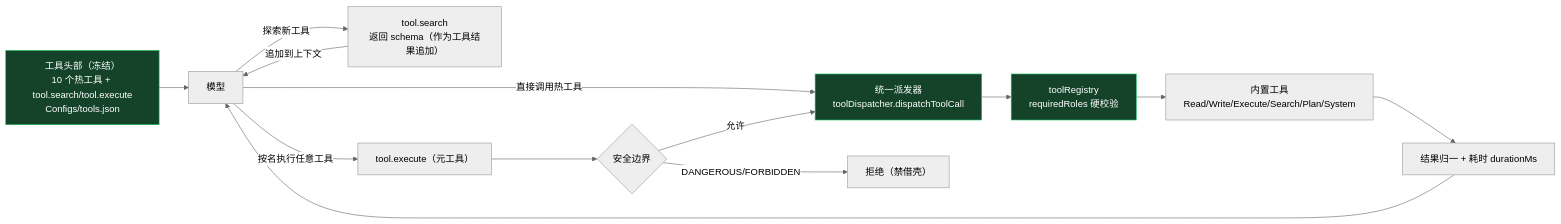
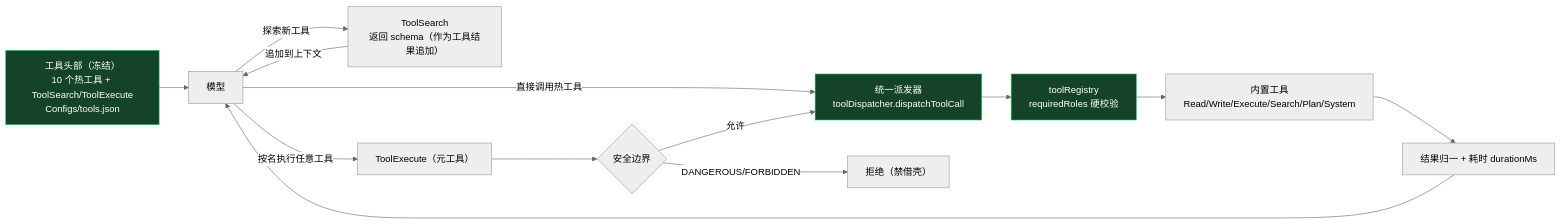
The third of 12 diagrams in Docs/Dev/项目模块工作流图.md (linmowudie/CivitasAI), drawn with Mermaid (neutral theme) before and after one commit. The commit also changed other lines of this file and 305 other files, not shown here.

````diff
--- a/Docs/Dev/项目模块工作流图.md
+++ b/Docs/Dev/项目模块工作流图.md
@@ -137,17 +137,17 @@
 ```mermaid
 flowchart LR
-  Header["工具头部（冻结）<br/>10 个热工具 + tool.search/tool.execute<br/>Configs/tools.json"] --> Model["模型"]
+  Header["工具头部（冻结）<br/>10 个热工具 + ToolSearch/ToolExecute<br/>Configs/tools.json"] --> Model["模型"]
   Model -->|"直接调用热工具"| Disp
-  Model -->|"探索新工具"| Search["tool.search<br/>返回 schema（作为工具结果追加）"]
+  Model -->|"探索新工具"| Search["ToolSearch<br/>返回 schema（作为工具结果追加）"]
   Search -->|"追加到上下文"| Model
-  Model -->|"按名执行任意工具"| ExecTool["tool.execute（元工具）"]
+  Model -->|"按名执行任意工具"| ExecTool["ToolExecute（元工具）"]
   ExecTool --> Guard{"安全边界"}
   Guard -->|"DANGEROUS/FORBIDDEN"| Reject["拒绝（禁借壳）"]
   Guard -->|"允许"| Disp
   Disp["统一派发器<br/>toolDispatcher.dispatchToolCall"] --> Registry["toolRegistry<br/>requiredRoles 硬校验"]
   Registry --> Builtin["内置工具<br/>Read/Write/Execute/Search/Plan/System"]
   Builtin --> Result["结果归一 + 耗时 durationMs"] --> Model
 
   classDef tool fill:#14432a,stroke:#22c55e,color:#fff
   class Header,Disp,Registry tool
 ```
````
